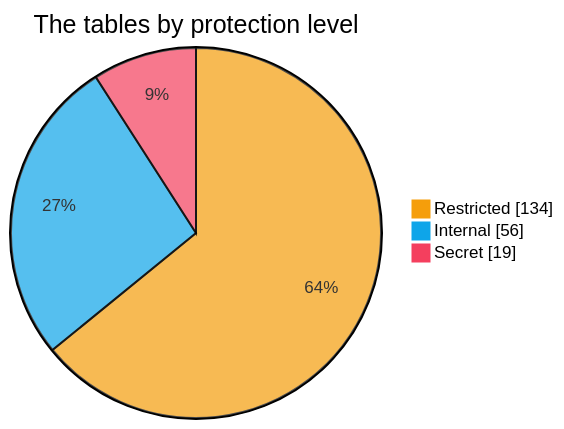
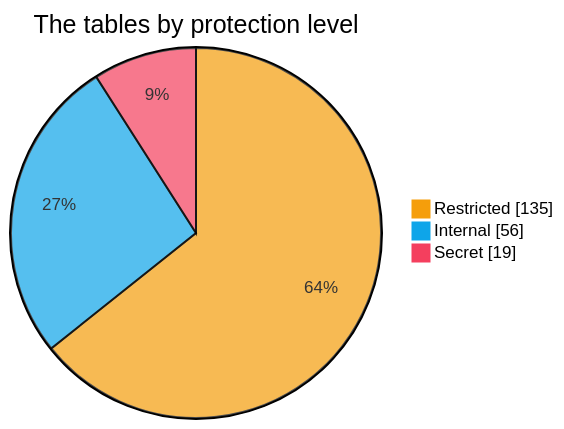
Before and after one commit to agamemnon-coder/x402-business-agents: the diagram in docs/security/data-classification.md, drawn with Mermaid. The commit also changed other lines of this file and 17 other files, not shown here.

````diff
--- a/docs/security/data-classification.md
+++ b/docs/security/data-classification.md
@@ -19,8 +19,8 @@
 ```mermaid
 %%{init: {"themeVariables": {"pie1": "#f59e0b", "pie2": "#0ea5e9", "pie3": "#f43f5e"}}}%%
 pie showData
   title The tables by protection level
-  "Restricted" : 134
+  "Restricted" : 135
   "Internal" : 56
   "Secret" : 19
 ```
````
